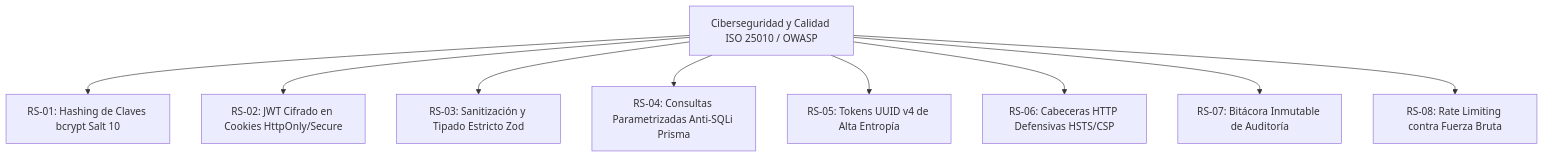
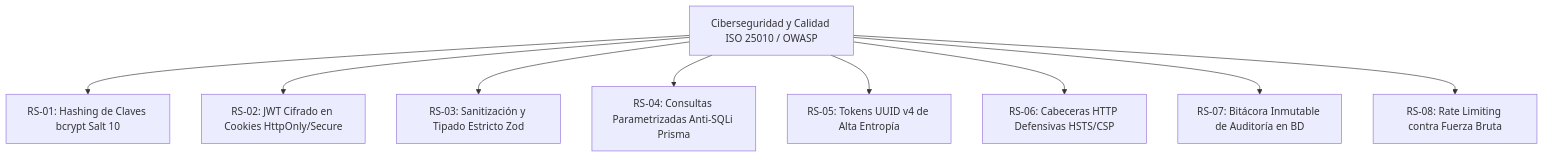
The diagram in especificacion_requerimientos.md (IMANDOI/sistema-gestion-auditorios-capstone), drawn with Mermaid before and after one commit. The commit also changed other lines of this file, not shown here.

````diff
--- a/especificacion_requerimientos.md
+++ b/especificacion_requerimientos.md
@@ -119,12 +133,12 @@
 ```mermaid
 graph TD
     SEC[Ciberseguridad y Calidad ISO 25010 / OWASP]
     SEC --> RS01[RS-01: Hashing de Claves bcrypt Salt 10]
     SEC --> RS02[RS-02: JWT Cifrado en Cookies HttpOnly/Secure]
     SEC --> RS03[RS-03: Sanitización y Tipado Estricto Zod]
     SEC --> RS04[RS-04: Consultas Parametrizadas Anti-SQLi Prisma]
     SEC --> RS05[RS-05: Tokens UUID v4 de Alta Entropía]
     SEC --> RS06[RS-06: Cabeceras HTTP Defensivas HSTS/CSP]
-    SEC --> RS07[RS-07: Bitácora Inmutable de Auditoría]
+    SEC --> RS07[RS-07: Bitácora Inmutable de Auditoría en BD]
     SEC --> RS08[RS-08: Rate Limiting contra Fuerza Bruta]
 ```
````
